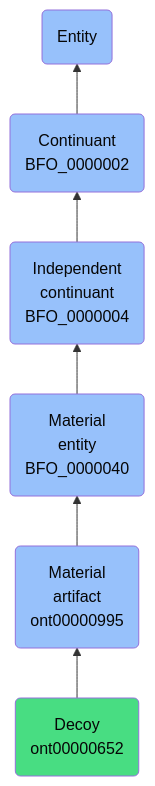
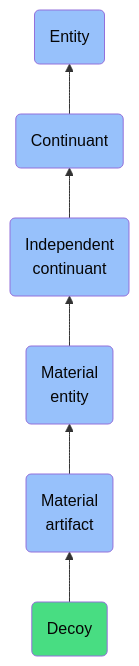
Before and after one commit to jupyter-naas/abi: the diagram in docs/ontology/reference/model/Entity/Continuant/Independent continuant/Material entity/Material artifact/Decoy/Decoy.md, drawn with Mermaid. The commit also changed other lines of this file and 1430 other files, not shown here.

````diff
--- a/docs/ontology/reference/model/Entity/Continuant/Independent continuant/Material entity/Material artifact/Decoy/Decoy.md
+++ b/docs/ontology/reference/model/Entity/Continuant/Independent continuant/Material entity/Material artifact/Decoy/Decoy.md
@@ -24,13 +24,13 @@
 ```mermaid
 graph BT
-    ont00000652(Decoy<br>ont00000652):::ABI-->ont00000995
-    ont00000995(Material<br>artifact<br>ont00000995):::BFO-->BFO_0000040
-    BFO_0000040(Material<br>entity<br>BFO_0000040):::BFO-->BFO_0000004
-    BFO_0000004(Independent<br>continuant<br>BFO_0000004):::BFO-->BFO_0000002
-    BFO_0000002(Continuant<br>BFO_0000002):::BFO-->BFO_0000001
+    ont00000652(Decoy):::ABI-->ont00000995
+    ont00000995(Material<br>artifact):::BFO-->BFO_0000040
+    BFO_0000040(Material<br>entity):::BFO-->BFO_0000004
+    BFO_0000004(Independent<br>continuant):::BFO-->BFO_0000002
+    BFO_0000002(Continuant):::BFO-->BFO_0000001
     BFO_0000001(Entity):::BFO
     
     classDef BFO fill:#97c1fb,color:#060606
     classDef CCO fill:#e4c51e,color:#060606
     classDef ABI fill:#48DD82,color:#060606
 ```
````
